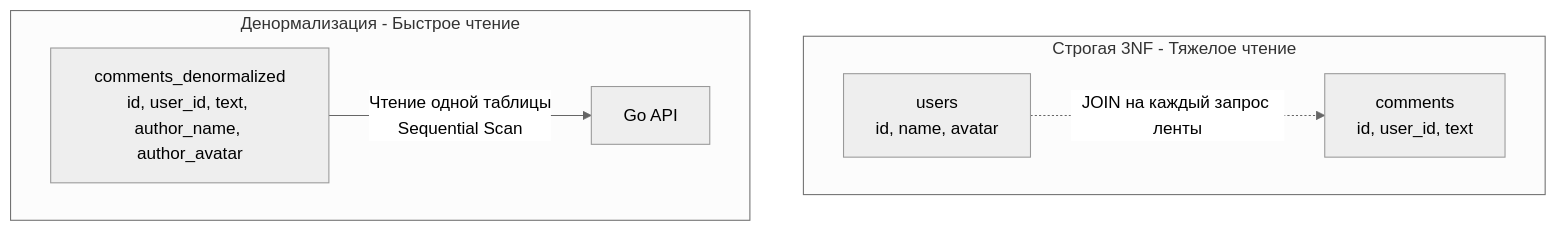
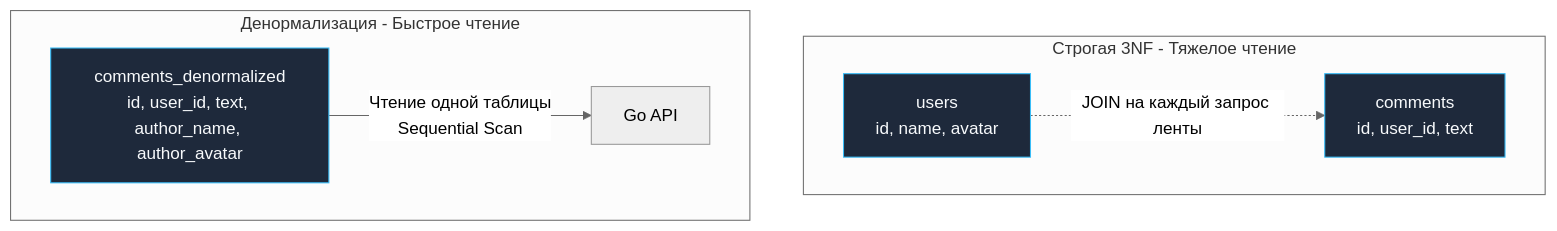
The diagram in sources/12. Базы данных/01. Введение и фундамент/14. Денормализация и когда она оправдана.md (UnrealTemplier/go-textbook), drawn with Mermaid (neutral theme) before and after one commit. The commit also changed 1666 other files, not shown here.

First line of the commit message:
feat(mermaid): add semantic color classDef to 1369 colorless flowchart/graph diagrams

````diff
--- a/sources/12. Базы данных/01. Введение и фундамент/14. Денормализация и когда она оправдана.md
+++ b/sources/12. Базы данных/01. Введение и фундамент/14. Денормализация и когда она оправдана.md
@@ -53,13 +53,23 @@
 ```mermaid
 flowchart TD
+    classDef process  fill:#1e293b,stroke:#38bdf8,stroke-width:1px,color:#f8fafc
+    classDef success  fill:#064e3b,stroke:#34d399,stroke-width:1px,color:#f8fafc
+    classDef error    fill:#7f1d1d,stroke:#f87171,stroke-width:1px,color:#f8fafc
+    classDef warning  fill:#78350f,stroke:#fbbf24,stroke-width:1px,color:#f8fafc
+    classDef entry    fill:#1e3a5f,stroke:#38bdf8,stroke-width:2px,color:#f8fafc
+    classDef aux      fill:#334155,stroke:#64748b,stroke-width:1px,color:#f8fafc
+    classDef system   fill:#312e81,stroke:#a78bfa,stroke-width:1px,color:#f8fafc
+    classDef data     fill:#132d29,stroke:#2dd4bf,stroke-width:1px,color:#f8fafc
+    classDef network  fill:#881337,stroke:#fb7185,stroke-width:1px,color:#f8fafc
+    classDef accent   fill:#1e1b4b,stroke:#818cf8,stroke-width:1px,color:#f8fafc
     subgraph Строгая 3NF - Тяжелое чтение
-        U["users<br>id, name, avatar"]
-        C["comments<br>id, user_id, text"]
+        U["users<br>id, name, avatar"]:::process
+        C["comments<br>id, user_id, text"]:::process
         U -.->|"JOIN на каждый запрос ленты"| C
     end
 
     subgraph Денормализация - Быстрое чтение
-        CDenorm["comments_denormalized<br>id, user_id, text, author_name, author_avatar"]
+        CDenorm["comments_denormalized<br>id, user_id, text, author_name, author_avatar"]:::process
         CDenorm -->|"Чтение одной таблицы<br>Sequential Scan"| Client["Go API"]
     end
 ```
````
